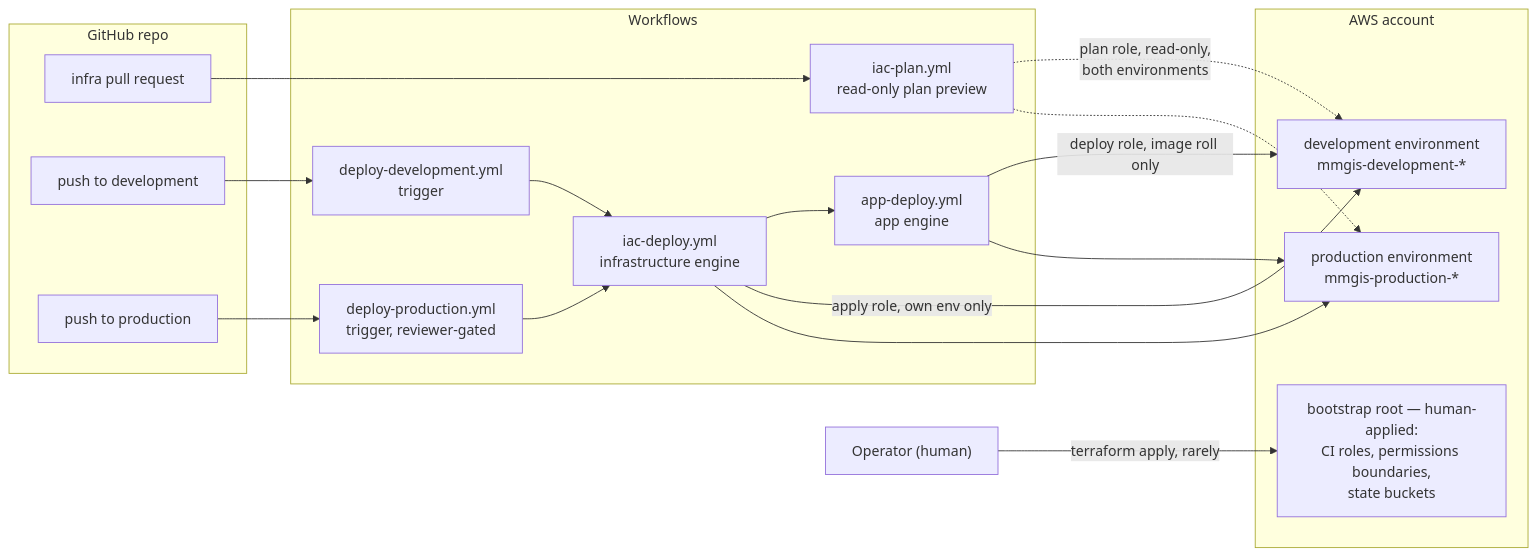
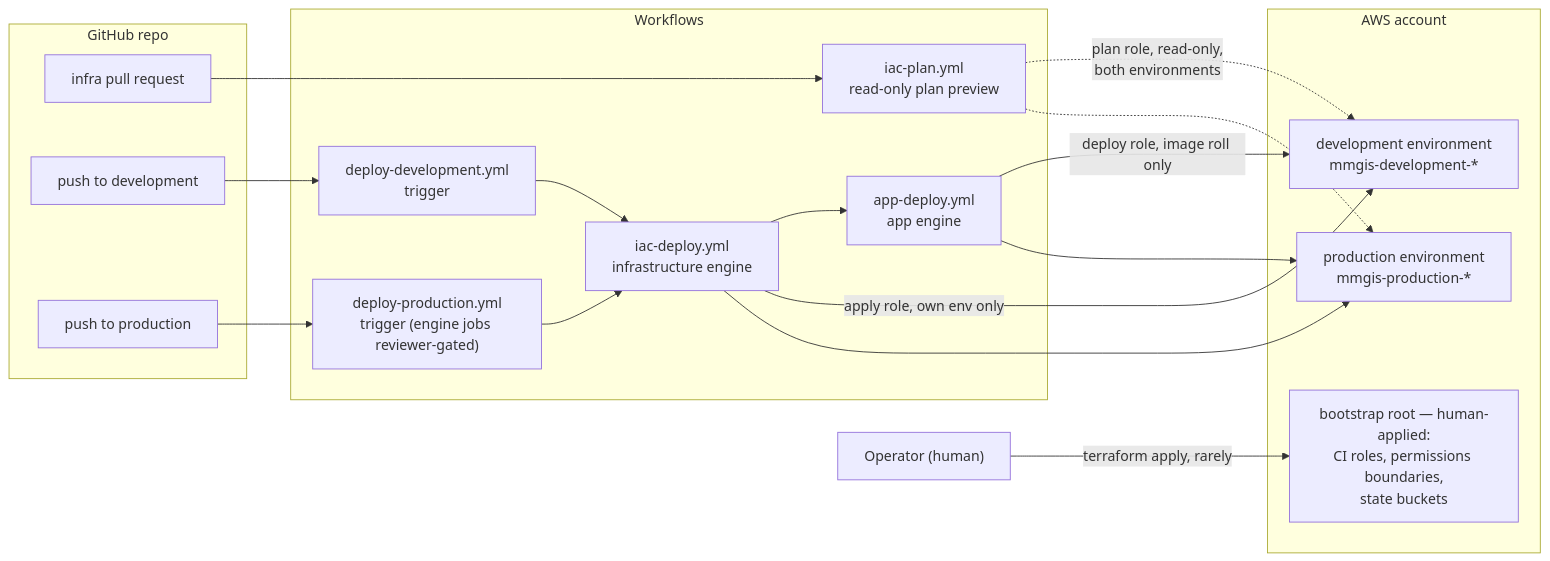
One commit to NASA-IMPACT/MMGIS changed the diagram in docs/infrastructure/README.md. Above: the diagram before and after it, drawn with Mermaid. The commit also changed other lines of this file and 3 other files, not shown here.

````diff
--- a/docs/infrastructure/README.md
+++ b/docs/infrastructure/README.md
@@ -11,33 +9,33 @@
 ```mermaid
 flowchart LR
     subgraph repo["GitHub repo"]
         PRQ["infra pull request"]
         DEV["push to development"]
         PROD["push to production"]
     end
     subgraph wf["Workflows"]
         PLAN["iac-plan.yml<br/>read-only plan preview"]
         TDEV["deploy-development.yml<br/>trigger"]
-        TPROD["deploy-production.yml<br/>trigger, reviewer-gated"]
+        TPROD["deploy-production.yml<br/>trigger (engine jobs reviewer-gated)"]
         IAC["iac-deploy.yml<br/>infrastructure engine"]
         APP["app-deploy.yml<br/>app engine"]
     end
     subgraph aws["AWS account"]
         BOOT["bootstrap root — human-applied:<br/>CI roles, permissions boundaries,<br/>state buckets"]
         ENVD["development environment<br/>mmgis-development-*"]
         ENVP["production environment<br/>mmgis-production-*"]
     end
     PRQ --> PLAN
     DEV --> TDEV
     PROD --> TPROD
     TDEV --> IAC
     TPROD --> IAC
     IAC --> APP
     PLAN -.->|"plan role, read-only,<br/>both environments"| ENVD
     PLAN -.-> ENVP
     IAC -->|"apply role, own env only"| ENVD
     IAC --> ENVP
     APP -->|"deploy role, image roll only"| ENVD
     APP --> ENVP
     OP["Operator (human)"] -->|"terraform apply, rarely"| BOOT
 ```
````
